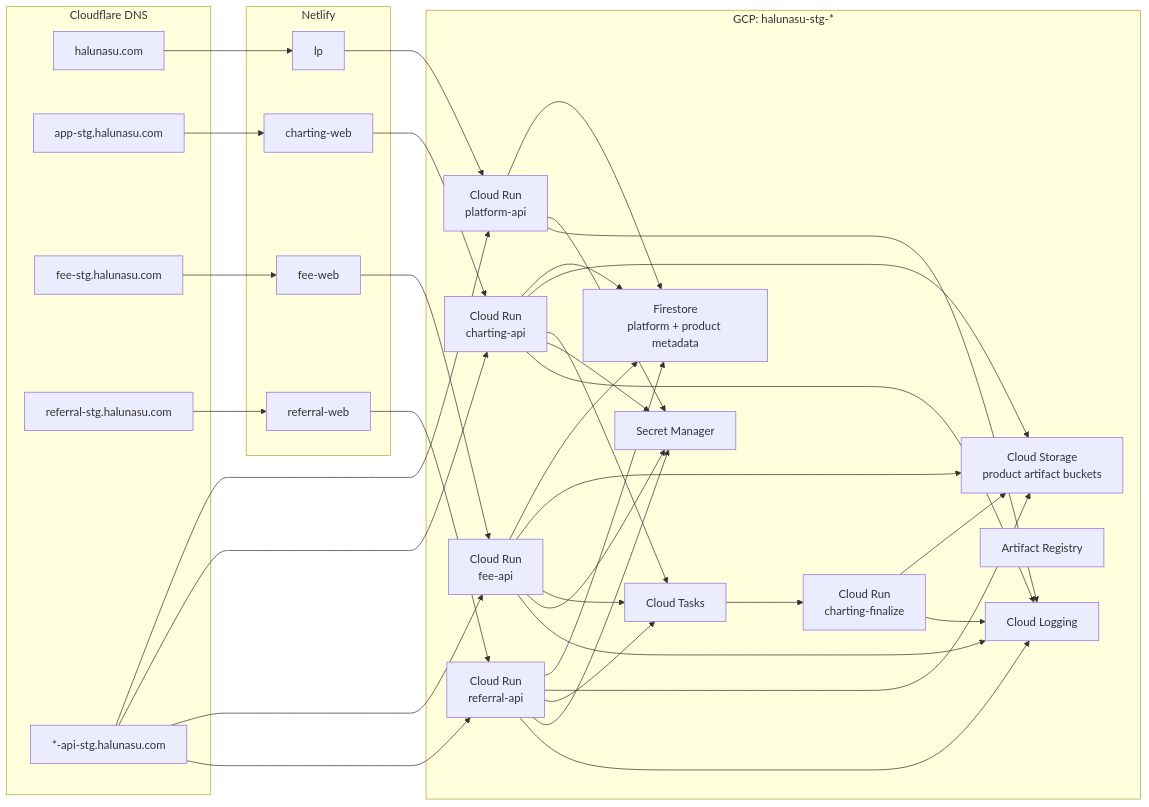
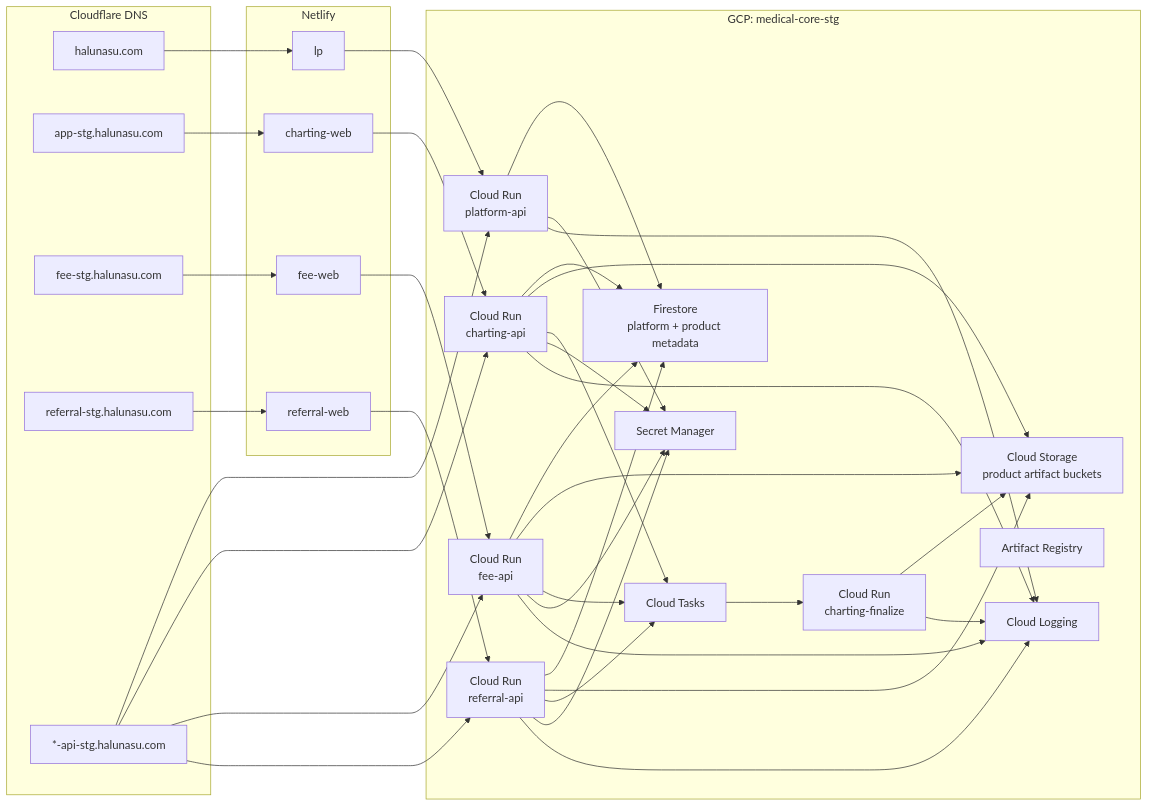
One commit to k-hirade/halunasu changed the fifth of 12 diagrams in docs/architecture/001-asis-tobe-architecture.md. Above: the diagram before and after it, drawn with Mermaid. The commit also changed other lines of this file and 33 other files, not shown here.

Commit message:
Add monorepo skeleton and core GCP names

````diff
--- a/docs/architecture/001-asis-tobe-architecture.md
+++ b/docs/architecture/001-asis-tobe-architecture.md
@@ -210,70 +210,70 @@
 ```mermaid
 flowchart LR
   subgraph DNS["Cloudflare DNS"]
     D1["halunasu.com"]
     D2["app-stg.halunasu.com"]
     D3["fee-stg.halunasu.com"]
     D4["referral-stg.halunasu.com"]
     D5["*-api-stg.halunasu.com"]
   end
 
   subgraph Netlify2["Netlify"]
     NLP["lp"]
     NCW["charting-web"]
     NFW["fee-web"]
     NRW["referral-web"]
   end
 
-  subgraph GCPStg["GCP: halunasu-stg-*"]
+  subgraph GCPStg["GCP: medical-core-stg"]
     CPA["Cloud Run<br/>platform-api"]
     CCA["Cloud Run<br/>charting-api"]
     CCF["Cloud Run<br/>charting-finalize"]
     CFA["Cloud Run<br/>fee-api"]
     CRA["Cloud Run<br/>referral-api"]
     CT["Cloud Tasks"]
     FS["Firestore<br/>platform + product metadata"]
     GCS["Cloud Storage<br/>product artifact buckets"]
     SEC["Secret Manager"]
     AR["Artifact Registry"]
     LOG["Cloud Logging"]
   end
 
   D1 --> NLP
   D2 --> NCW
   D3 --> NFW
   D4 --> NRW
   D5 --> CPA
   D5 --> CCA
   D5 --> CFA
   D5 --> CRA
 
   NLP --> CPA
   NCW --> CCA
   NFW --> CFA
   NRW --> CRA
 
   CPA --> FS
   CCA --> FS
   CFA --> FS
   CRA --> FS
 
   CCA --> GCS
   CCF --> GCS
   CFA --> GCS
   CRA --> GCS
 
   CCA --> CT
   CFA --> CT
   CRA --> CT
   CT --> CCF
 
   CPA --> SEC
   CCA --> SEC
   CFA --> SEC
   CRA --> SEC
   CPA --> LOG
   CCA --> LOG
   CCF --> LOG
   CFA --> LOG
   CRA --> LOG
 ```
````
